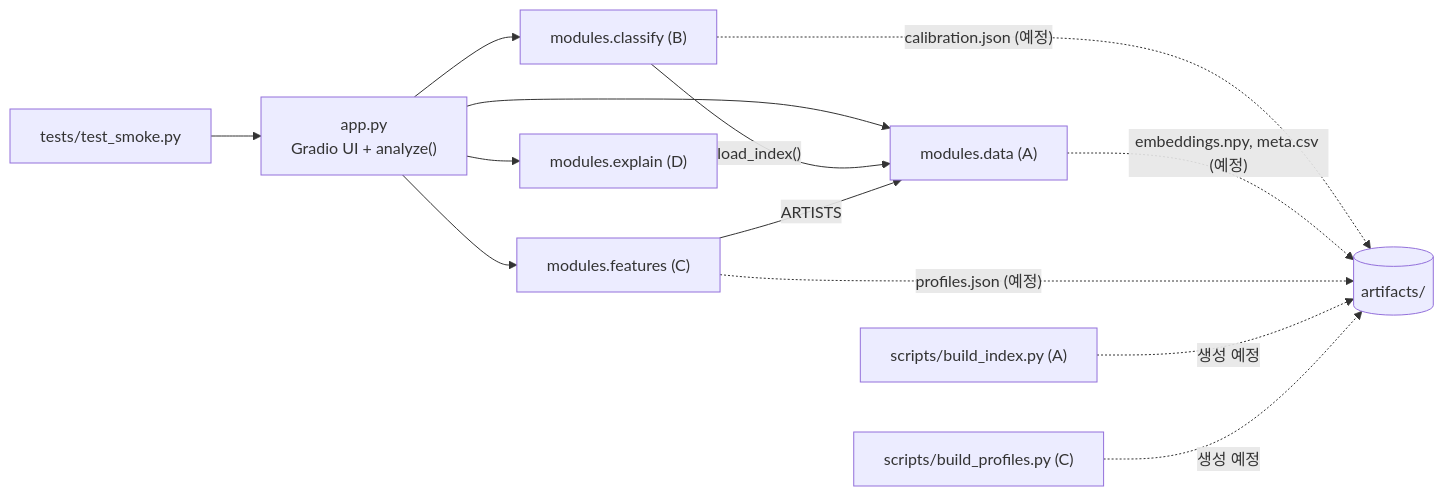
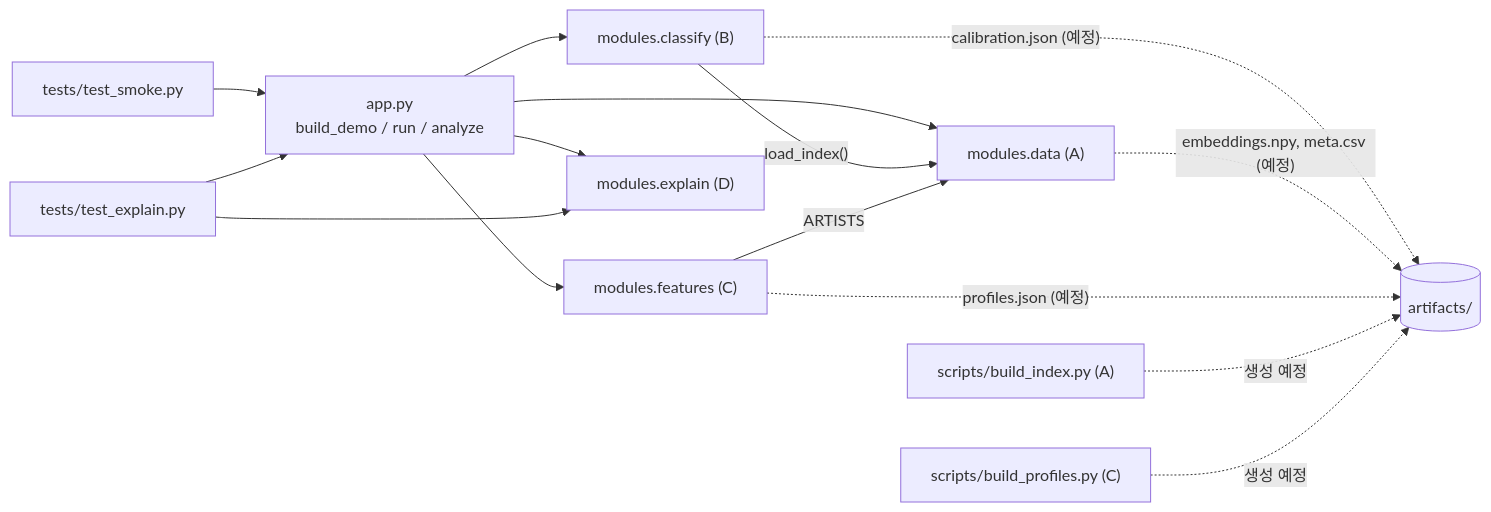
Before and after one commit to art-style-mirror-team/art-style-mirror: the first of 5 diagrams in aidlc/spaces/default/codekb/art-style-mirror/architecture.md, drawn with Mermaid. The commit also changed other lines of this file and 8 other files, not shown here.

````diff
--- a/aidlc/spaces/default/codekb/art-style-mirror/architecture.md
+++ b/aidlc/spaces/default/codekb/art-style-mirror/architecture.md
@@ -19,15 +19,17 @@
 ```mermaid
 flowchart LR
-    UI["app.py<br/>Gradio UI + analyze()"] --> F["modules.features (C)"]
+    UI["app.py<br/>build_demo / run / analyze"] --> F["modules.features (C)"]
     UI --> D["modules.data (A)"]
     UI --> C["modules.classify (B)"]
     UI --> E["modules.explain (D)"]
     C -->|"load_index()"| D
     F -->|"ARTISTS"| D
     C -.->|"calibration.json (예정)"| ART[("artifacts/")]
     D -.->|"embeddings.npy, meta.csv (예정)"| ART
     F -.->|"profiles.json (예정)"| ART
     SI["scripts/build_index.py (A)"] -.->|"생성 예정"| ART
     SP["scripts/build_profiles.py (C)"] -.->|"생성 예정"| ART
-    T["tests/test_smoke.py"] --> UI
+    TS["tests/test_smoke.py"] --> UI
+    TE["tests/test_explain.py"] --> E
+    TE --> UI
 ```
````
